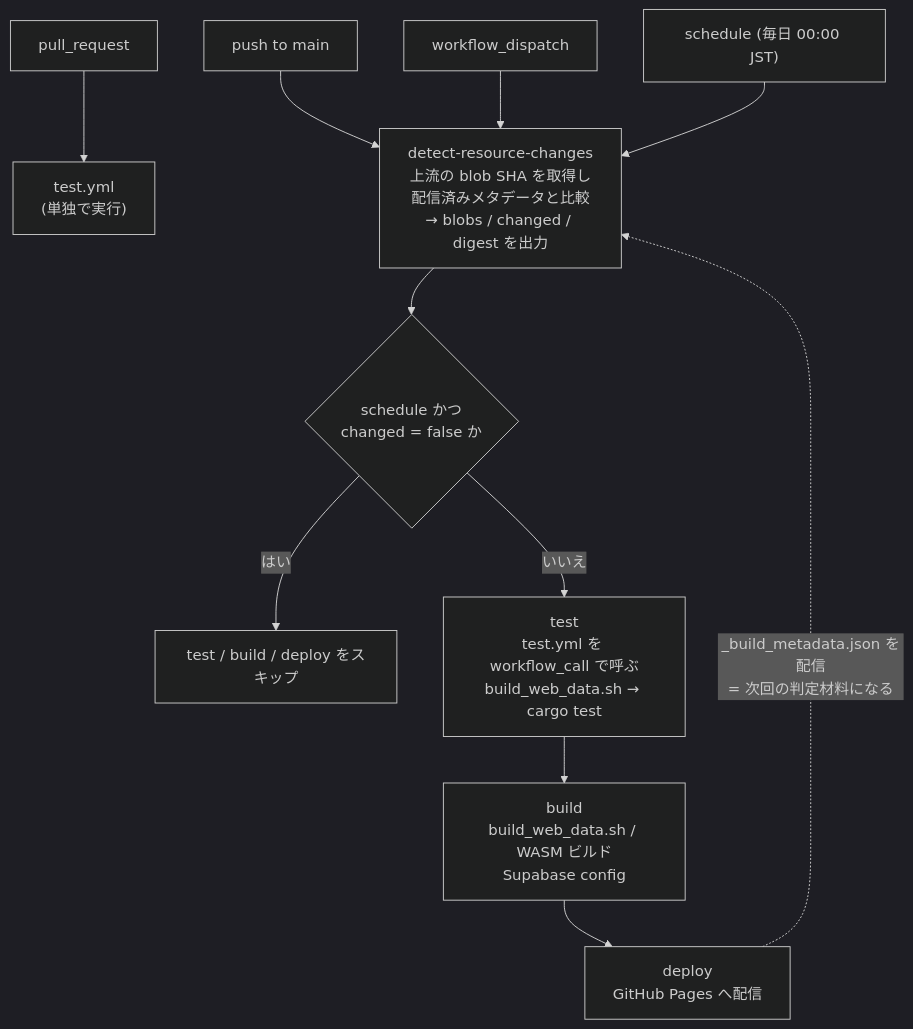
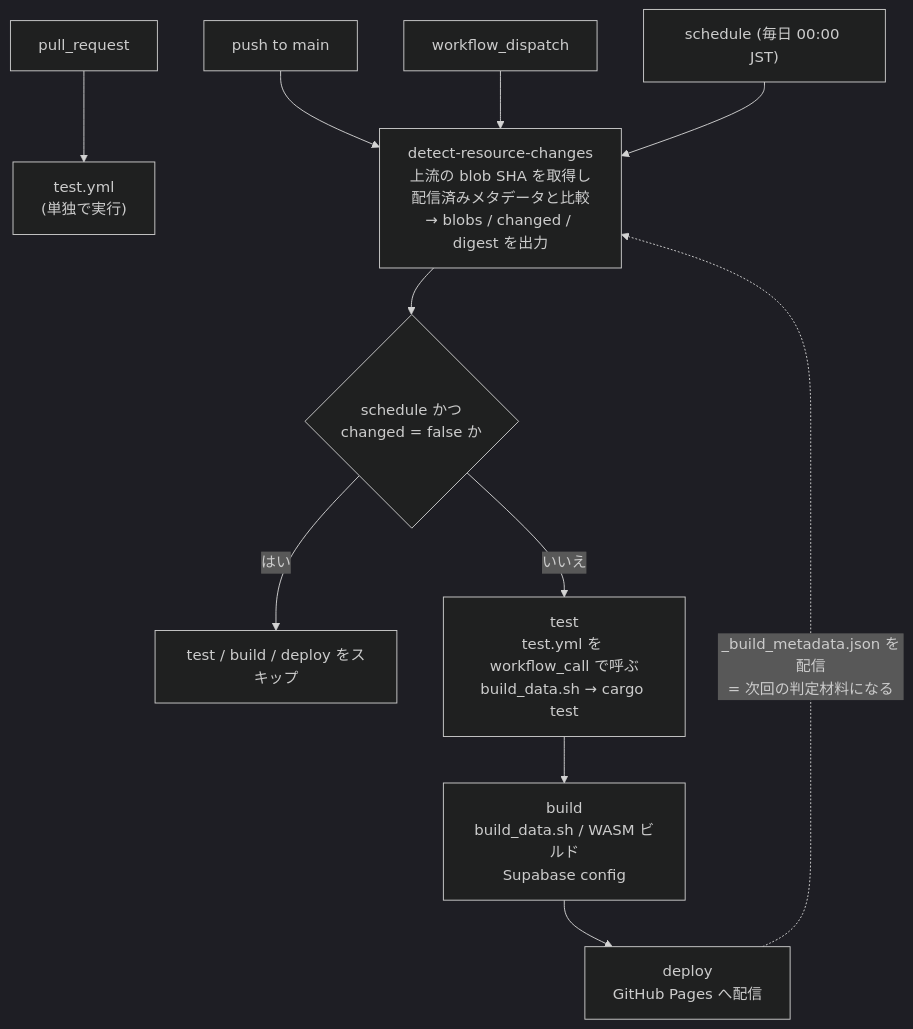
One commit to Maru0137/ff11sim changed the first of 3 diagrams in docs/adr/0003-items-json-generated-in-ci.md. Above: the diagram before and after it, drawn with Mermaid (dark theme). The commit also changed other lines of this file and 8 other files, not shown here.

First line of the commit message:
[Refactor] build_web_data.sh を build_data.sh にリネームする

````diff
--- a/docs/adr/0003-items-json-generated-in-ci.md
+++ b/docs/adr/0003-items-json-generated-in-ci.md
@@ -117,18 +117,18 @@
 ```mermaid
 flowchart TD
     pr["pull_request"] --> testonly["test.yml<br/>(単独で実行)"]
 
     push["push to main"] --> detect
     dispatch["workflow_dispatch"] --> detect
     sched["schedule (毎日 00:00 JST)"] --> detect
 
     detect["detect-resource-changes<br/>上流の blob SHA を取得し<br/>配信済みメタデータと比較<br/>→ blobs / changed / digest を出力"]
     detect --> gate{"schedule かつ<br/>changed = false か"}
     gate -->|"はい"| skip["test / build / deploy をスキップ"]
     gate -->|"いいえ"| test
 
-    test["test<br/>test.yml を workflow_call で呼ぶ<br/>build_web_data.sh → cargo test"]
-    test --> build["build<br/>build_web_data.sh / WASM ビルド<br/>Supabase config"]
+    test["test<br/>test.yml を workflow_call で呼ぶ<br/>build_data.sh → cargo test"]
+    test --> build["build<br/>build_data.sh / WASM ビルド<br/>Supabase config"]
     build --> deploy["deploy<br/>GitHub Pages へ配信"]
     deploy -.->|"_build_metadata.json を配信<br/>= 次回の判定材料になる"| detect
 ```
````
